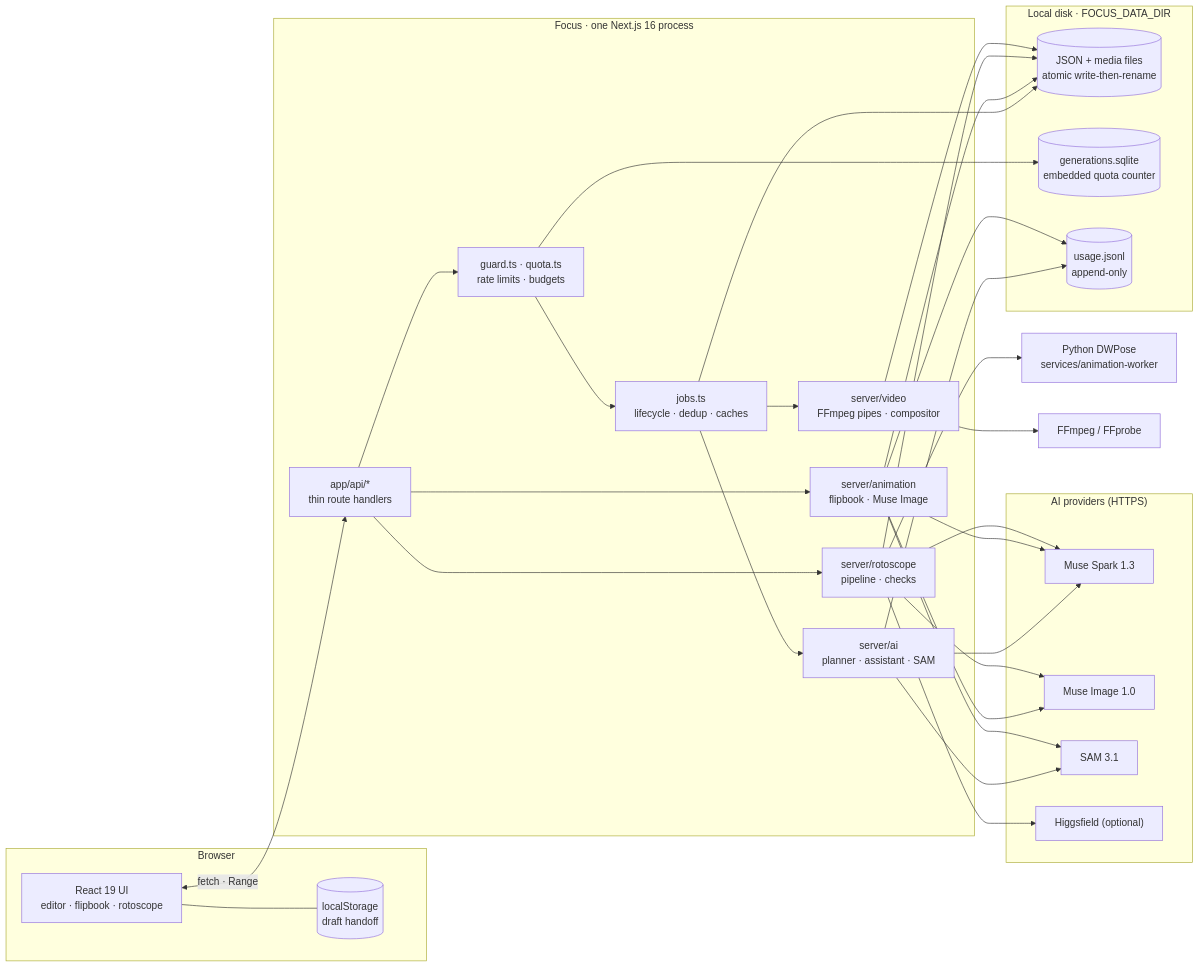
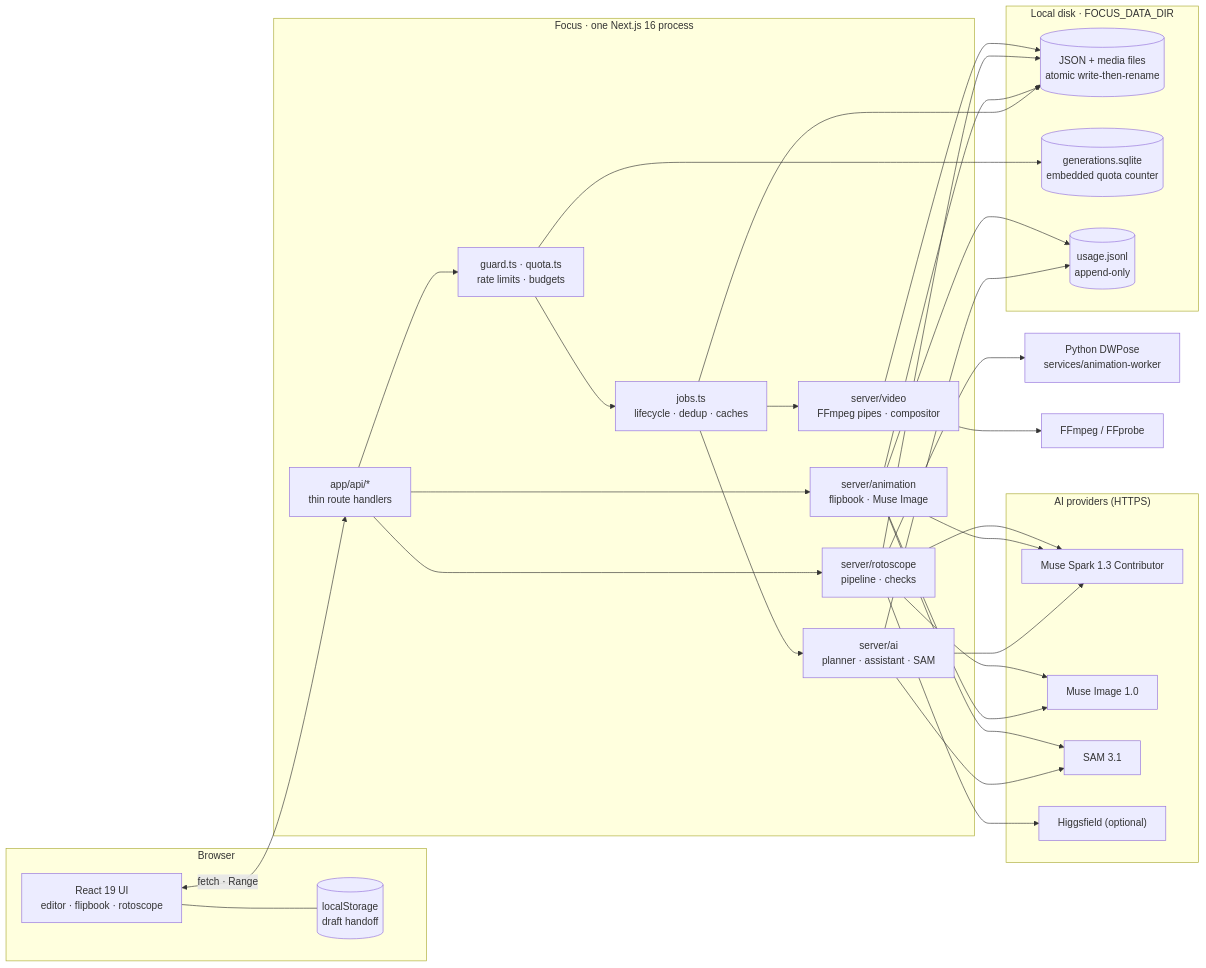
One commit to Manuekle/focus changed the first of 8 diagrams in README.md. Above: the diagram before and after it, drawn with Mermaid. The commit also changed other lines of this file and 311 other files, not shown here.

````diff
--- a/README.md
+++ b/README.md
@@ -57,47 +57,47 @@
 ```mermaid
 flowchart LR
   subgraph Browser
     UI["React 19 UI<br/>editor · flipbook · rotoscope"]
     LS[("localStorage<br/>draft handoff")]
   end
 
   subgraph Focus["Focus · one Next.js 16 process"]
     API["app/api/*<br/>thin route handlers"]
     Guard["guard.ts · quota.ts<br/>rate limits · budgets"]
     Jobs["jobs.ts<br/>lifecycle · dedup · caches"]
     AI["server/ai<br/>planner · assistant · SAM"]
     Anim["server/animation<br/>flipbook · Muse Image"]
     Roto["server/rotoscope<br/>pipeline · checks"]
     Video["server/video<br/>FFmpeg pipes · compositor"]
   end
 
   subgraph Disk["Local disk · FOCUS_DATA_DIR"]
     FS[("JSON + media files<br/>atomic write-then-rename")]
     SQ[("generations.sqlite<br/>embedded quota counter")]
     LOG[("usage.jsonl<br/>append-only")]
   end
 
   subgraph Providers["AI providers (HTTPS)"]
-    Spark["Muse Spark 1.3"]
+    Spark["Muse Spark 1.3 Contributor"]
     Image["Muse Image 1.0"]
     SAM["SAM 3.1"]
     HF["Higgsfield (optional)"]
   end
 
   Py["Python DWPose<br/>services/animation-worker"]
   FF["FFmpeg / FFprobe"]
 
   UI <-->|"fetch · Range"| API
   UI --- LS
   API --> Guard --> Jobs
   Jobs --> AI & Video
   API --> Anim & Roto
   AI --> Spark & SAM
   Anim --> Image & SAM & Spark
   Roto --> Image & Spark & HF
   Roto --> Py
   Video --> FF
   Jobs & Anim & Roto & Video --> FS
   Guard --> SQ
   AI & Anim --> LOG
 ```
````
